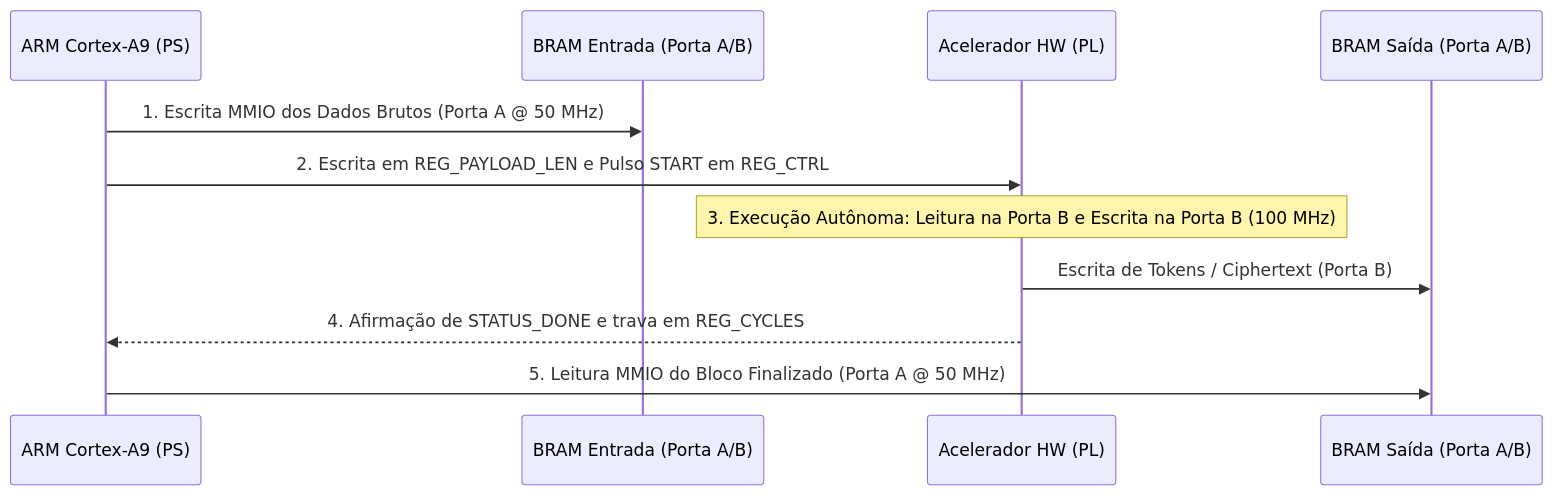
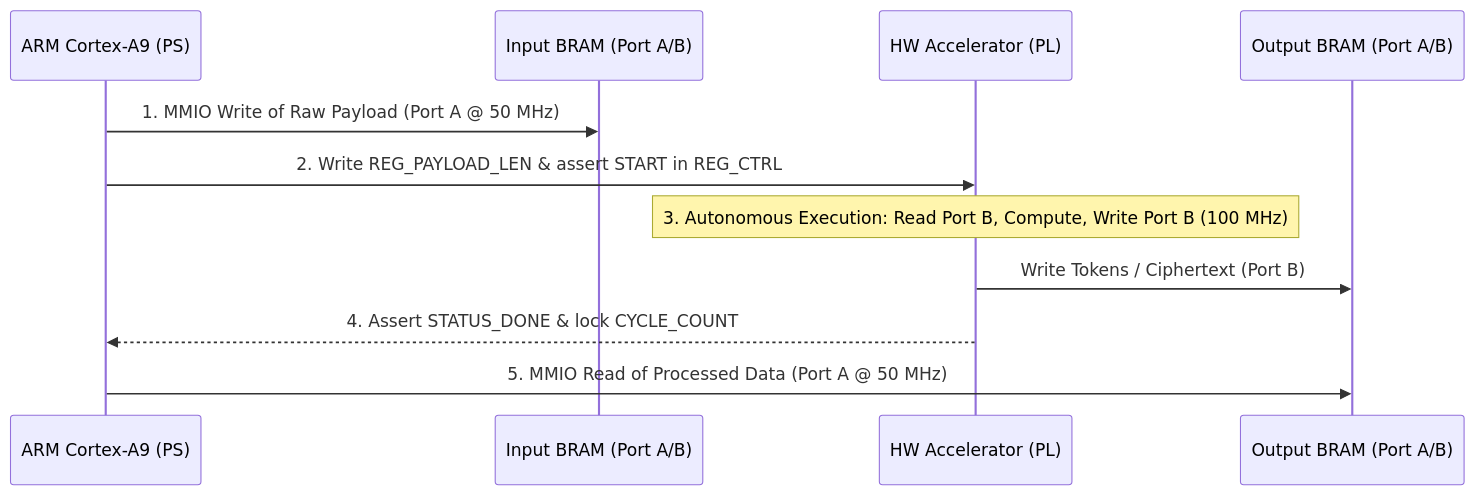
The diagram in README.md (luishrmc/soc-proj), drawn with Mermaid before and after one commit. The commit also changed other lines of this file and 9 other files, not shown here.

````diff
--- a/README.md
+++ b/README.md
@@ -107,14 +111,14 @@
 ```mermaid
 sequenceDiagram
     participant CPU as ARM Cortex-A9 (PS)
-    participant BRAM_IN as BRAM Entrada (Porta A/B)
-    participant ACCEL as Acelerador HW (PL)
-    participant BRAM_OUT as BRAM Saída (Porta A/B)
+    participant BRAM_IN as Input BRAM (Port A/B)
+    participant ACCEL as HW Accelerator (PL)
+    participant BRAM_OUT as Output BRAM (Port A/B)
 
-    CPU->>BRAM_IN: 1. Escrita MMIO dos Dados Brutos (Porta A @ 50 MHz)
-    CPU->>ACCEL: 2. Escrita em REG_PAYLOAD_LEN e Pulso START em REG_CTRL
-    Note over ACCEL: 3. Execução Autônoma: Leitura na Porta B e Escrita na Porta B (100 MHz)
-    ACCEL->>BRAM_OUT: Escrita de Tokens / Ciphertext (Porta B)
-    ACCEL-->>CPU: 4. Afirmação de STATUS_DONE e trava em REG_CYCLES
-    CPU->>BRAM_OUT: 5. Leitura MMIO do Bloco Finalizado (Porta A @ 50 MHz)
+    CPU->>BRAM_IN: 1. MMIO Write of Raw Payload (Port A @ 50 MHz)
+    CPU->>ACCEL: 2. Write REG_PAYLOAD_LEN & assert START in REG_CTRL
+    Note over ACCEL: 3. Autonomous Execution: Read Port B, Compute, Write Port B (100 MHz)
+    ACCEL->>BRAM_OUT: Write Tokens / Ciphertext (Port B)
+    ACCEL-->>CPU: 4. Assert STATUS_DONE & lock CYCLE_COUNT
+    CPU->>BRAM_OUT: 5. MMIO Read of Processed Data (Port A @ 50 MHz)
 ```
````
